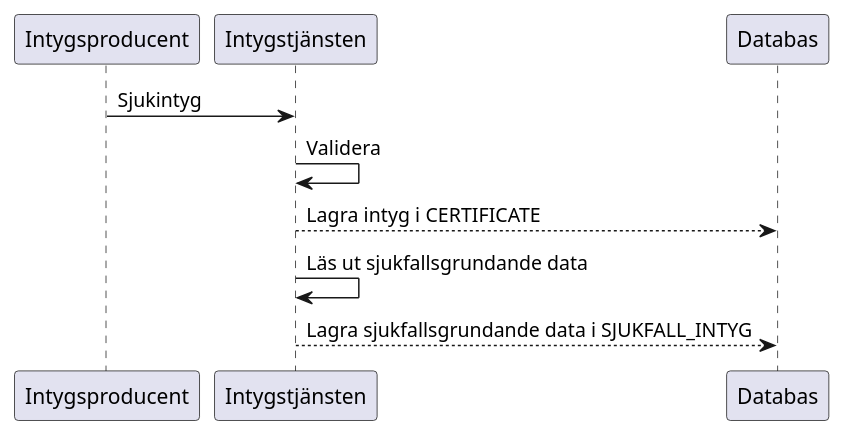
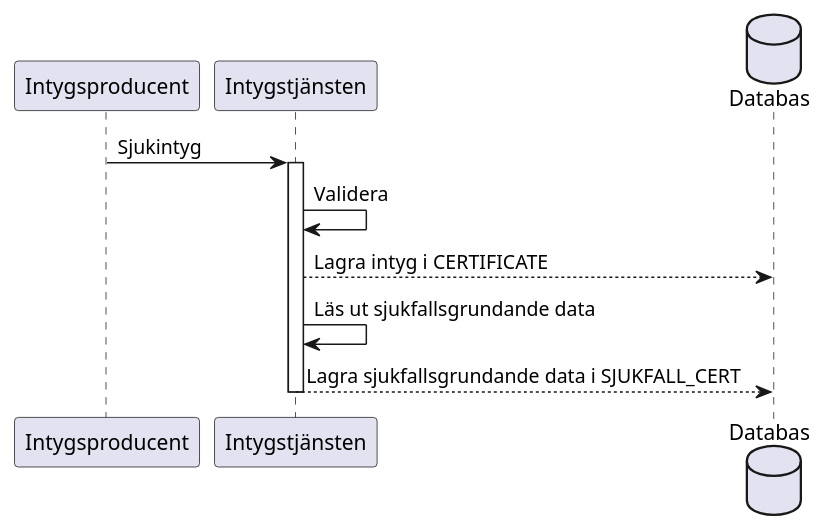
Before and after one commit to sklintyg/rehabstod: the diagram in docs/intygstjanst-sjukfall-intyg.puml, drawn with PlantUML. The commit also changed 8 other files, not shown here.

Commit message:
DEVENV: Diverse UML-diagram och systemskisser

```diff
--- a/docs/intygstjanst-sjukfall-intyg.puml
+++ b/docs/intygstjanst-sjukfall-intyg.puml
@@ -1,7 +1,10 @@
 @startuml
 Intygsproducent -> Intygstjänsten: Sjukintyg
-Intygstjänsten -> Intygstjänsten: Validera
-Intygstjänsten --> Databas: Lagra intyg i CERTIFICATE
-Intygstjänsten -> Intygstjänsten: Läs ut sjukfallsgrundande data
-Intygstjänsten --> Databas: Lagra sjukfallsgrundande data i SJUKFALL_INTYG
+activate Intygstjänsten
+    Intygstjänsten -> Intygstjänsten: Validera
+    database Databas
+    Intygstjänsten --> Databas: Lagra intyg i CERTIFICATE
+    Intygstjänsten -> Intygstjänsten: Läs ut sjukfallsgrundande data
+    Intygstjänsten --> Databas: Lagra sjukfallsgrundande data i SJUKFALL_CERT
+deactivate Intygstjänsten
 @enduml
```
